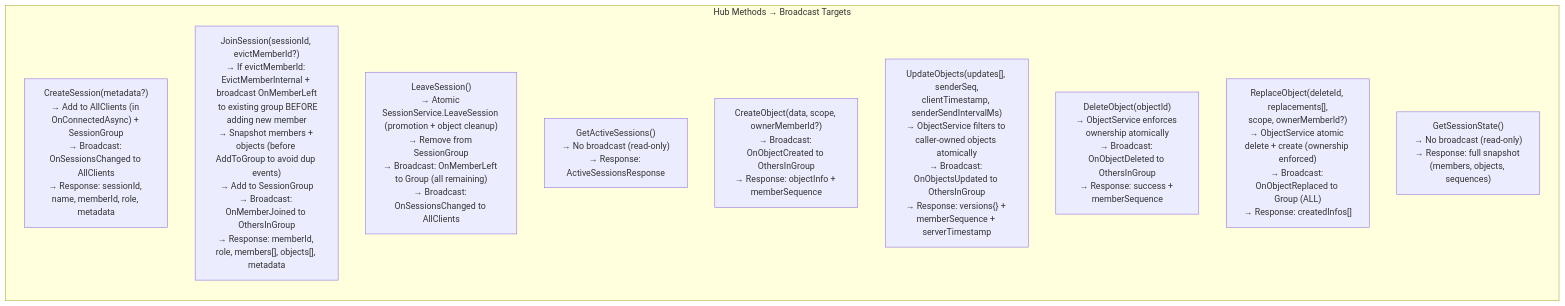
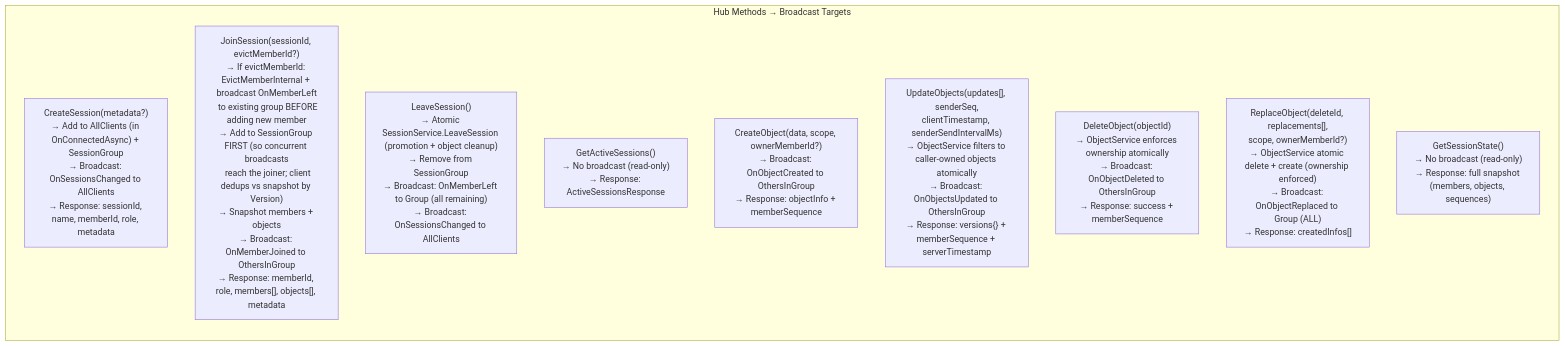
Before and after one commit to badvoidstar/asteroids: the tenth of 33 diagrams in ARCHITECTURE.md, drawn with Mermaid. The commit also changed other lines of this file, not shown here.

First line of the commit message:
Update ARCHITECTURE.md to reflect current code

````diff
--- a/ARCHITECTURE.md
+++ b/ARCHITECTURE.md
@@ -340,15 +340,15 @@
 ```mermaid
 flowchart TB
     subgraph "Hub Methods → Broadcast Targets"
         direction TB
         CREATE["CreateSession(metadata?)<br/>→ Add to AllClients (in OnConnectedAsync) + SessionGroup<br/>→ Broadcast: OnSessionsChanged to AllClients<br/>→ Response: sessionId, name, memberId, role, metadata"]
-        JOIN["JoinSession(sessionId, evictMemberId?)<br/>→ If evictMemberId: EvictMemberInternal + broadcast OnMemberLeft<br/>  to existing group BEFORE adding new member<br/>→ Snapshot members + objects (before AddToGroup to avoid dup events)<br/>→ Add to SessionGroup<br/>→ Broadcast: OnMemberJoined to OthersInGroup<br/>→ Response: memberId, role, members[], objects[], metadata"]
+        JOIN["JoinSession(sessionId, evictMemberId?)<br/>→ If evictMemberId: EvictMemberInternal + broadcast OnMemberLeft<br/>  to existing group BEFORE adding new member<br/>→ Add to SessionGroup FIRST (so concurrent broadcasts<br/>  reach the joiner; client dedups vs snapshot by Version)<br/>→ Snapshot members + objects<br/>→ Broadcast: OnMemberJoined to OthersInGroup<br/>→ Response: memberId, role, members[], objects[], metadata"]
         LEAVE["LeaveSession()<br/>→ Atomic SessionService.LeaveSession (promotion + object cleanup)<br/>→ Remove from SessionGroup<br/>→ Broadcast: OnMemberLeft to Group (all remaining)<br/>→ Broadcast: OnSessionsChanged to AllClients"]
         GAS["GetActiveSessions()<br/>→ No broadcast (read-only)<br/>→ Response: ActiveSessionsResponse"]
         CO["CreateObject(data, scope, ownerMemberId?)<br/>→ Broadcast: OnObjectCreated to OthersInGroup<br/>→ Response: objectInfo + memberSequence"]
         UO["UpdateObjects(updates[], senderSeq,<br/>clientTimestamp, senderSendIntervalMs)<br/>→ ObjectService filters to caller-owned objects atomically<br/>→ Broadcast: OnObjectsUpdated to OthersInGroup<br/>→ Response: versions{} + memberSequence + serverTimestamp"]
         DO["DeleteObject(objectId)<br/>→ ObjectService enforces ownership atomically<br/>→ Broadcast: OnObjectDeleted to OthersInGroup<br/>→ Response: success + memberSequence"]
         RO["ReplaceObject(deleteId, replacements[],<br/>scope, ownerMemberId?)<br/>→ ObjectService atomic delete + create (ownership enforced)<br/>→ Broadcast: OnObjectReplaced to Group (ALL)<br/>→ Response: createdInfos[]"]
         GS["GetSessionState()<br/>→ No broadcast (read-only)<br/>→ Response: full snapshot (members, objects, sequences)"]
     end
 ```
````
